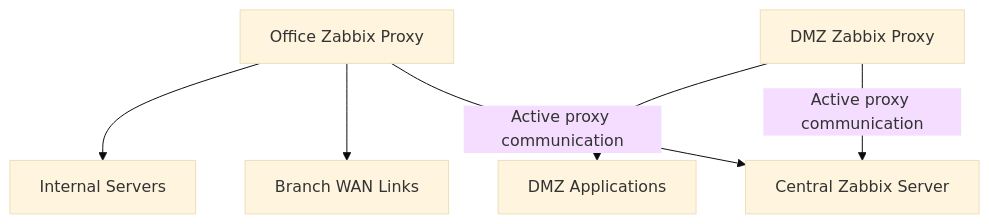
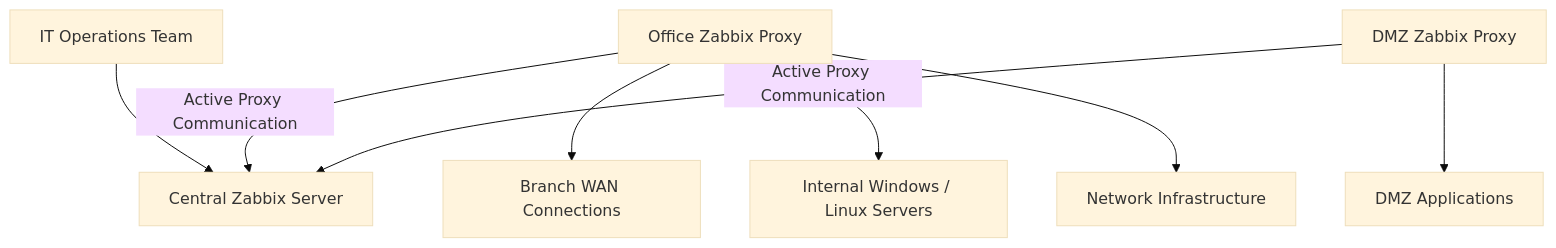
The diagram in docs/zabbix-proxy-deployment.md (elahegivi/enterprise-infrastructure-monitoring), drawn with Mermaid (base theme) before and after one commit. The commit also changed other lines of this file, not shown here.

Commit message:
Refine Zabbix Proxy deployment documentation

````diff
--- a/docs/zabbix-proxy-deployment.md
+++ b/docs/zabbix-proxy-deployment.md
@@ -28,16 +30,24 @@
-```mermaid
+```mermaid id="3kj7v9"
 flowchart TB
+    OPS["IT Operations Team"]
     ZS["Central Zabbix Server"]
+
     OP["Office Zabbix Proxy"]
     DP["DMZ Zabbix Proxy"]
-    WAN["Branch WAN Links"]
-    SRV["Internal Servers"]
+
+    WAN["Branch WAN Connections"]
+    SRV["Internal Windows / Linux Servers"]
+    NET["Network Infrastructure"]
     APP["DMZ Applications"]
 
-    OP -->|"Active proxy communication"| ZS
-    DP -->|"Active proxy communication"| ZS
+    OPS --> ZS
+
+    OP -->|"Active Proxy Communication"| ZS
+    DP -->|"Active Proxy Communication"| ZS
 
     OP --> WAN
     OP --> SRV
+    OP --> NET
+
     DP --> APP
 ```
````
